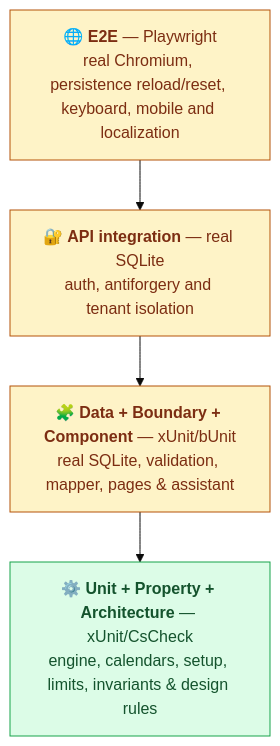
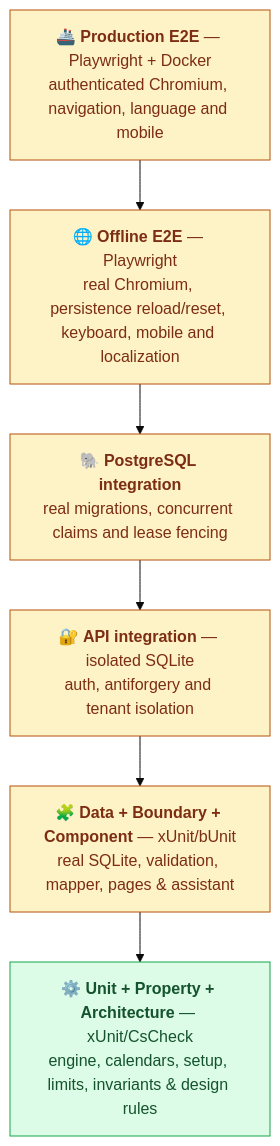
Before and after one commit to aco993/WorkPlanStudio: the diagram in docs/TESTING.md, drawn with Mermaid (base theme). The commit also changed other lines of this file and 15 other files, not shown here.

````diff
--- a/docs/TESTING.md
+++ b/docs/TESTING.md
@@ -14,14 +14,16 @@
 ```mermaid
 graph TD
-    E2E["🌐 <b>E2E</b> — Playwright<br/>real Chromium, persistence reload/reset, keyboard, mobile and localization"]
-    API["🔐 <b>API integration</b> — real SQLite<br/>auth, antiforgery and tenant isolation"]
+    PROD["🚢 <b>Production E2E</b> — Playwright + Docker<br/>authenticated Chromium, navigation, language and mobile"]
+    E2E["🌐 <b>Offline E2E</b> — Playwright<br/>real Chromium, persistence reload/reset, keyboard, mobile and localization"]
+    PG["🐘 <b>PostgreSQL integration</b><br/>real migrations, concurrent claims and lease fencing"]
+    API["🔐 <b>API integration</b> — isolated SQLite<br/>auth, antiforgery and tenant isolation"]
     WEB["🧩 <b>Data + Boundary + Component</b> — xUnit/bUnit<br/>real SQLite, validation, mapper, pages &amp; assistant"]
     UNIT["⚙️ <b>Unit + Property + Architecture</b> — xUnit/CsCheck<br/>engine, calendars, setup, limits, invariants &amp; design rules"]
 
-    E2E --> API --> WEB --> UNIT
+    PROD --> E2E --> PG --> API --> WEB --> UNIT
 
     classDef fast fill:#dcfce7,stroke:#16a34a,color:#14532d;
     classDef slow fill:#fef3c7,stroke:#b45309,color:#7c2d12;
     class UNIT fast;
-    class WEB,API,E2E slow;
+    class WEB,API,PG,E2E,PROD slow;
 ```
````
